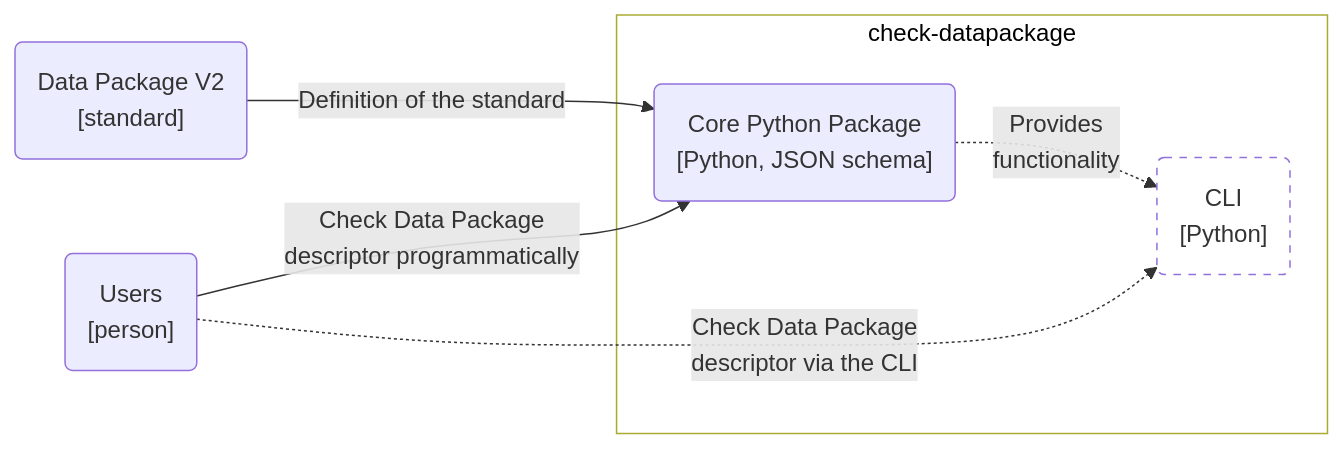
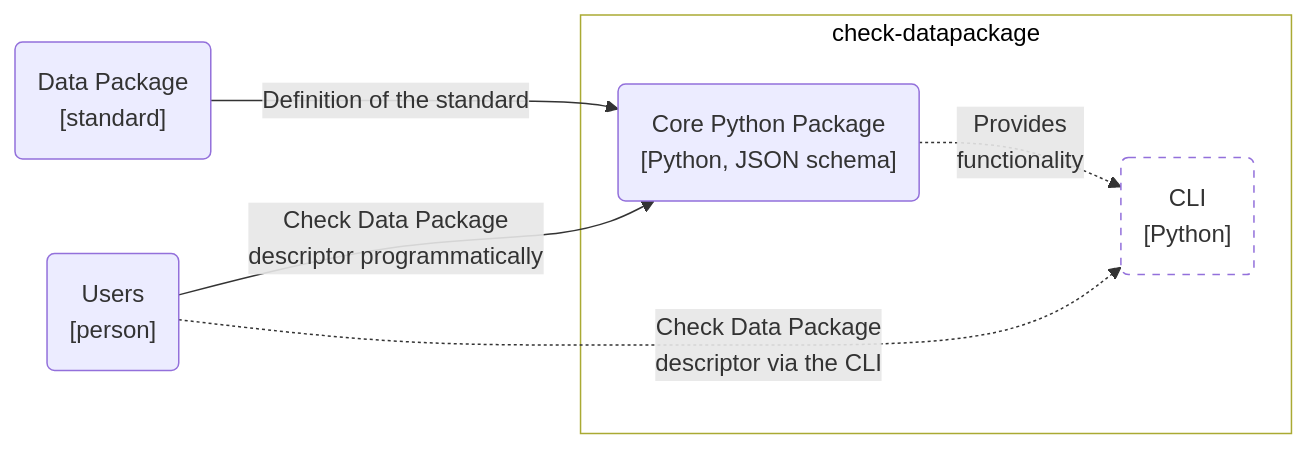
The second of 3 diagrams in docs/design/architecture.qmd (seedcase-project/check-datapackage), drawn with Mermaid before and after one commit. The commit also changed other lines of this file and 1 other file, not shown here.

First line of the commit message:
docs: :memo: add combined C4 component and code diagram (#154)

````diff
--- a/docs/design/architecture.qmd
+++ b/docs/design/architecture.qmd
@@ -124,23 +131,23 @@
 ```{mermaid}
 %%| label: fig-c4-container
 %%| fig-cap: "C4 container diagram showing the core Python package in `check-datapackage` and the future command line interface (displayed dashed)."
 flowchart LR
 
     users("Users<br>[person]")
-    dp_standard("Data Package V2<br>[standard]")
+    dp_standard("Data Package<br>[standard]")
 
     subgraph "check-datapackage"
         python("Core Python Package<br>[Python, JSON schema]")
         cli("CLI<br>[Python]")
 
     python -. "Provides<br>functionality" .-> cli
     end
 
     dp_standard --"Definition of the standard"--> python
     users --"Check Data Package<br>descriptor programmatically"--> python
     users -. "Check Data Package<br>descriptor via the CLI" .-> cli
 
     %% Styling
     style check-datapackage fill:#FFFFFF, color:#000000
     style cli fill:#FFFFFF, stroke-dasharray: 5 5
 ```
````
